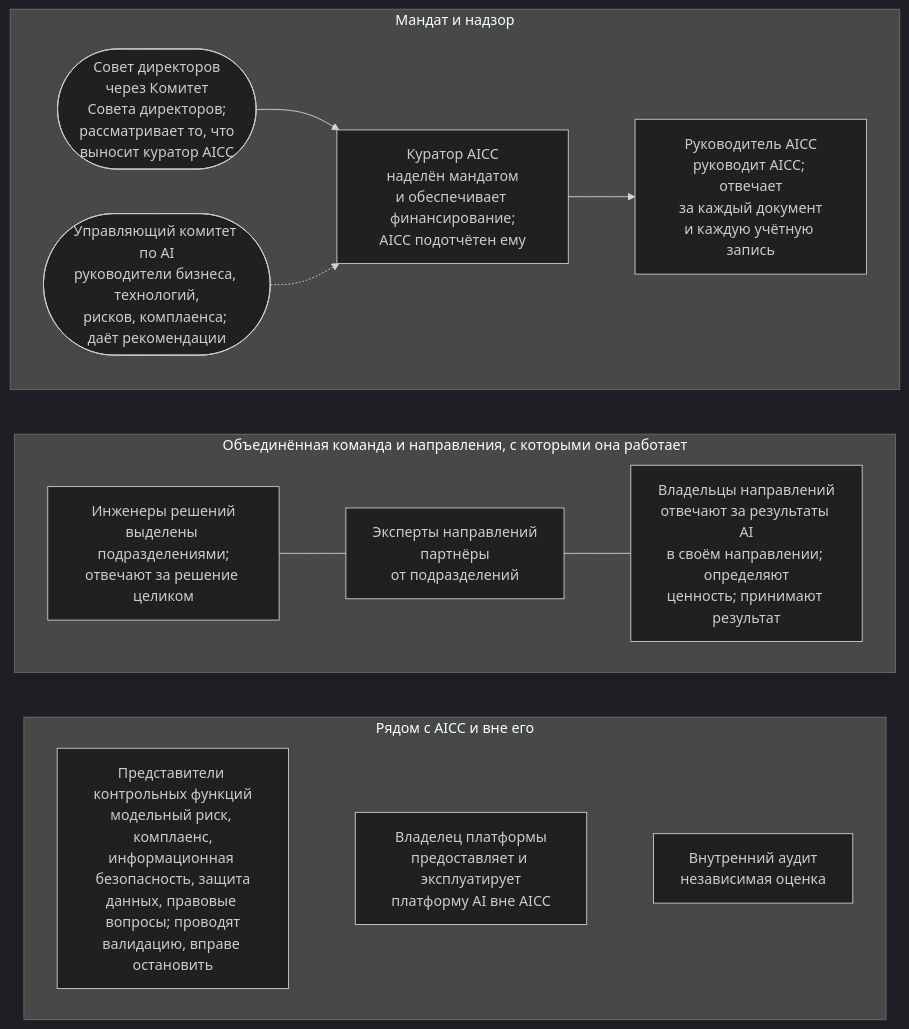
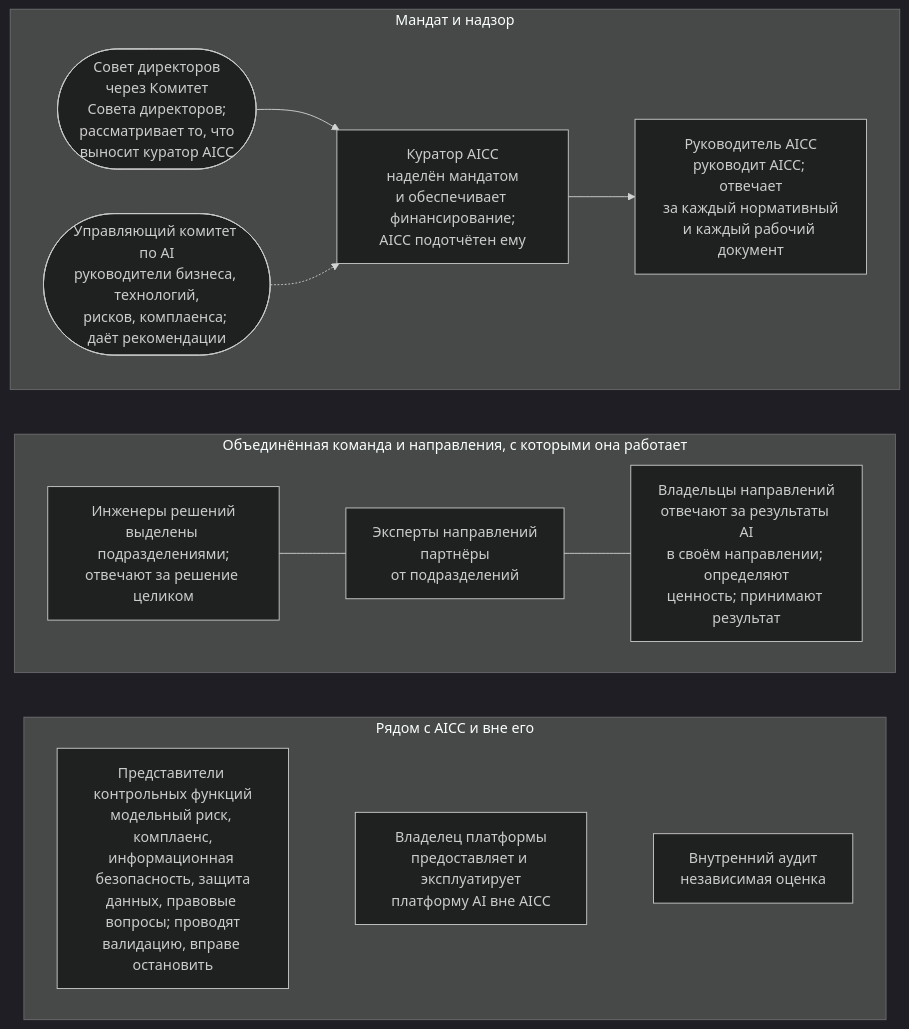
One commit to devhogu/ob-aicc changed the diagram in portal/content/ru/organization/overview.md. Above: the diagram before and after it, drawn with Mermaid (dark theme). The commit also changed other lines of this file and 300 other files, not shown here.

First line of the commit message:
Russian edition: a Record is «рабочий документ»; the charter's documents are «нормативные документы»

````diff
--- a/portal/content/ru/organization/overview.md
+++ b/portal/content/ru/organization/overview.md
@@ -13,20 +13,20 @@
 ```mermaid
 flowchart TB
   subgraph TOP["Мандат и надзор"]
     direction LR
     B(["Совет директоров<br/>через Комитет<br/>Совета директоров;<br/>рассматривает то, что<br/>выносит куратор AICC"]) --> ES["Куратор AICC<br/>наделён мандатом<br/>и обеспечивает финансирование;<br/>AICC подотчётен ему"]
-    ES --> AL["Руководитель AICC<br/>руководит AICC; отвечает<br/>за каждый документ<br/>и каждую учётную запись"]
+    ES --> AL["Руководитель AICC<br/>руководит AICC; отвечает<br/>за каждый нормативный<br/>и каждый рабочий документ"]
     SC(["Управляющий комитет по AI<br/>руководители бизнеса, технологий,<br/>рисков, комплаенса; даёт рекомендации"]) -.-> ES
   end
   subgraph MID["Объединённая команда и направления, с которыми она работает"]
     direction LR
     SE["Инженеры решений<br/>выделены подразделениями;<br/>отвечают за решение целиком"] --- DE["Эксперты направлений<br/>партнёры<br/>от подразделений"]
     DE --- DO["Владельцы направлений<br/>отвечают за результаты AI<br/>в своём направлении; определяют<br/>ценность; принимают результат"]
   end
   subgraph SIDE["Рядом с AICC и вне его"]
     direction LR
     CF["Представители контрольных функций<br/>модельный риск, комплаенс,<br/>информационная безопасность, защита<br/>данных, правовые вопросы; проводят<br/>валидацию, вправе остановить"] ~~~ PO["Владелец платформы<br/>предоставляет и эксплуатирует<br/>платформу AI вне AICC"] ~~~ IA["Внутренний аудит<br/>независимая оценка"]
   end
   TOP ~~~ MID
   MID ~~~ SIDE
 ```
````
